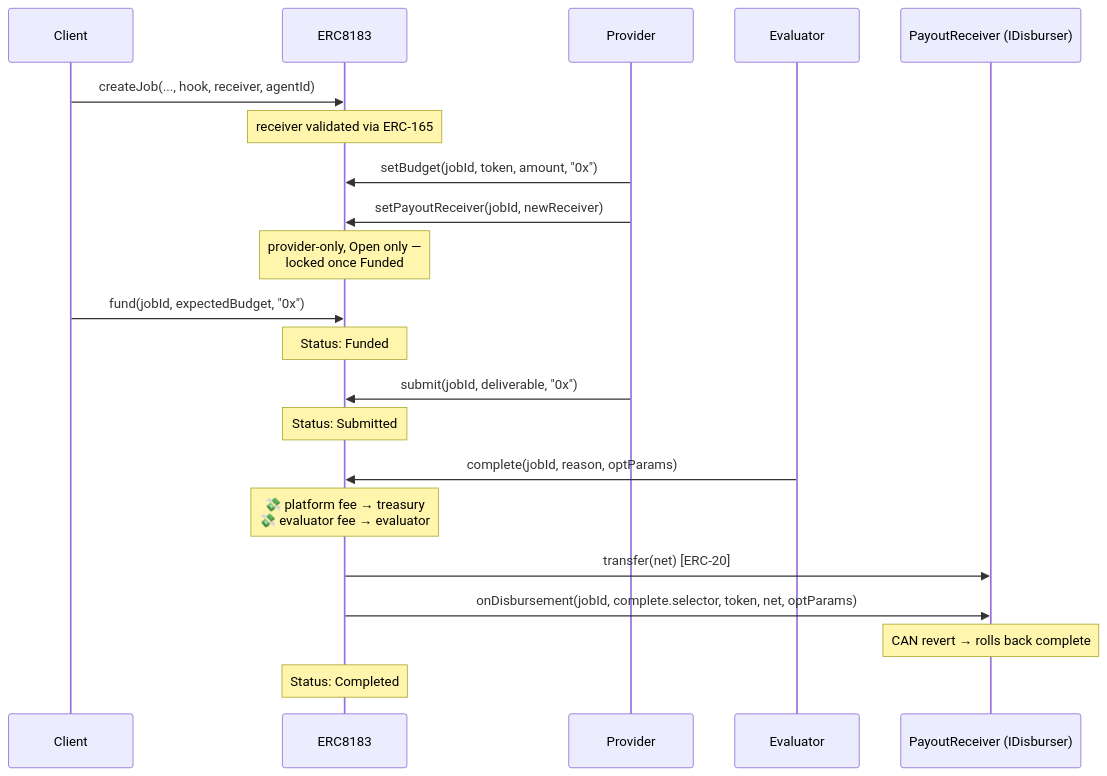
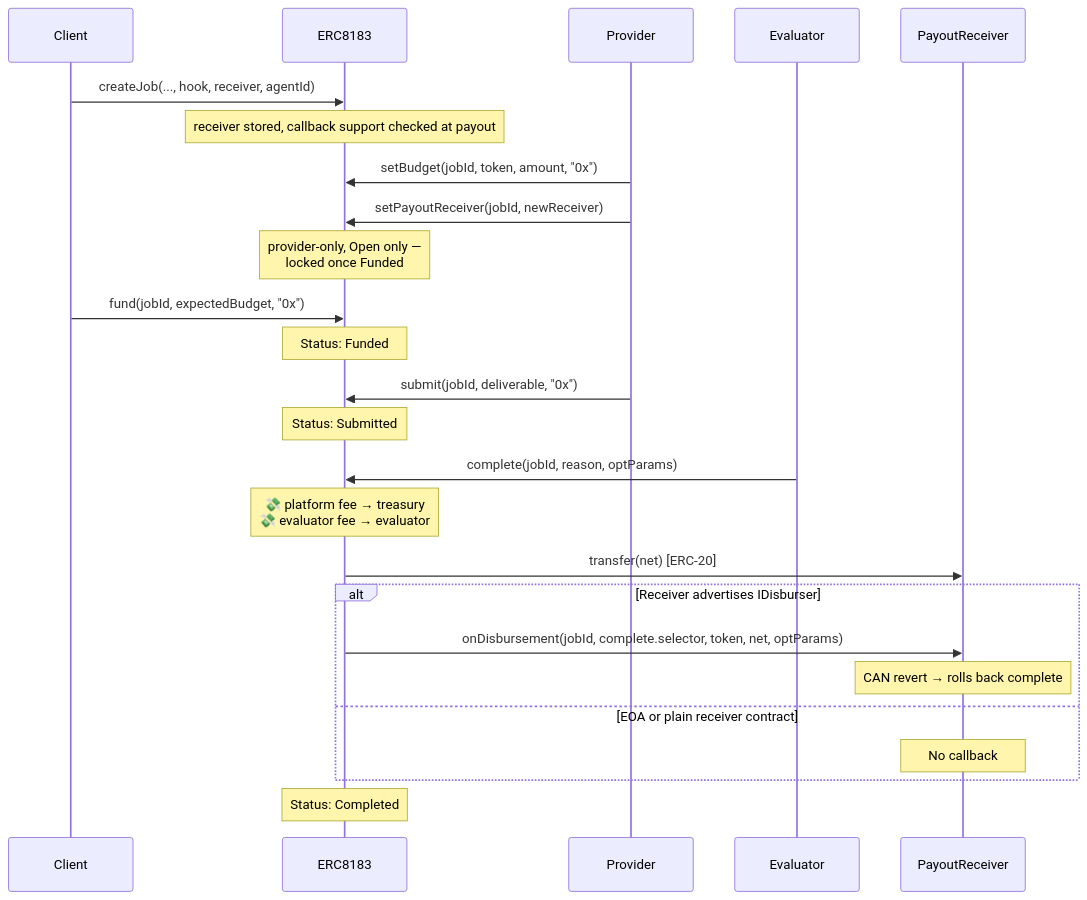
The fourth of 4 diagrams in docs/01-architecture.md (erc-8183/base-contracts), drawn with Mermaid before and after one commit. The commit also changed other lines of this file and 4 other files, not shown here.

Commit message:
fix: support plain payout receivers

````diff
--- a/docs/01-architecture.md
+++ b/docs/01-architecture.md
@@ -98,26 +97,30 @@
 ```mermaid
 sequenceDiagram
     participant C as Client
     participant AC as ERC8183
     participant P as Provider
     participant E as Evaluator
-    participant R as PayoutReceiver (IDisburser)
+    participant R as PayoutReceiver
 
     C->>AC: createJob(..., hook, receiver, agentId)
-    Note over AC: receiver validated via ERC-165
+    Note over AC: receiver stored, callback support checked at payout
     P->>AC: setBudget(jobId, token, amount, "0x")
     P->>AC: setPayoutReceiver(jobId, newReceiver)
     Note over AC: provider-only, Open only —<br/>locked once Funded
     C->>AC: fund(jobId, expectedBudget, "0x")
     Note over AC: Status: Funded
 
     P->>AC: submit(jobId, deliverable, "0x")
     Note over AC: Status: Submitted
 
     E->>AC: complete(jobId, reason, optParams)
     Note over AC: 💸 platform fee → treasury<br/>💸 evaluator fee → evaluator
     AC->>R: transfer(net) [ERC-20]
-    AC->>R: onDisbursement(jobId, complete.selector, token, net, optParams)
-    Note over R: CAN revert → rolls back complete
+    alt Receiver advertises IDisburser
+        AC->>R: onDisbursement(jobId, complete.selector, token, net, optParams)
+        Note over R: CAN revert → rolls back complete
+    else EOA or plain receiver contract
+        Note over R: No callback
+    end
     Note over AC: Status: Completed
 ```
````
